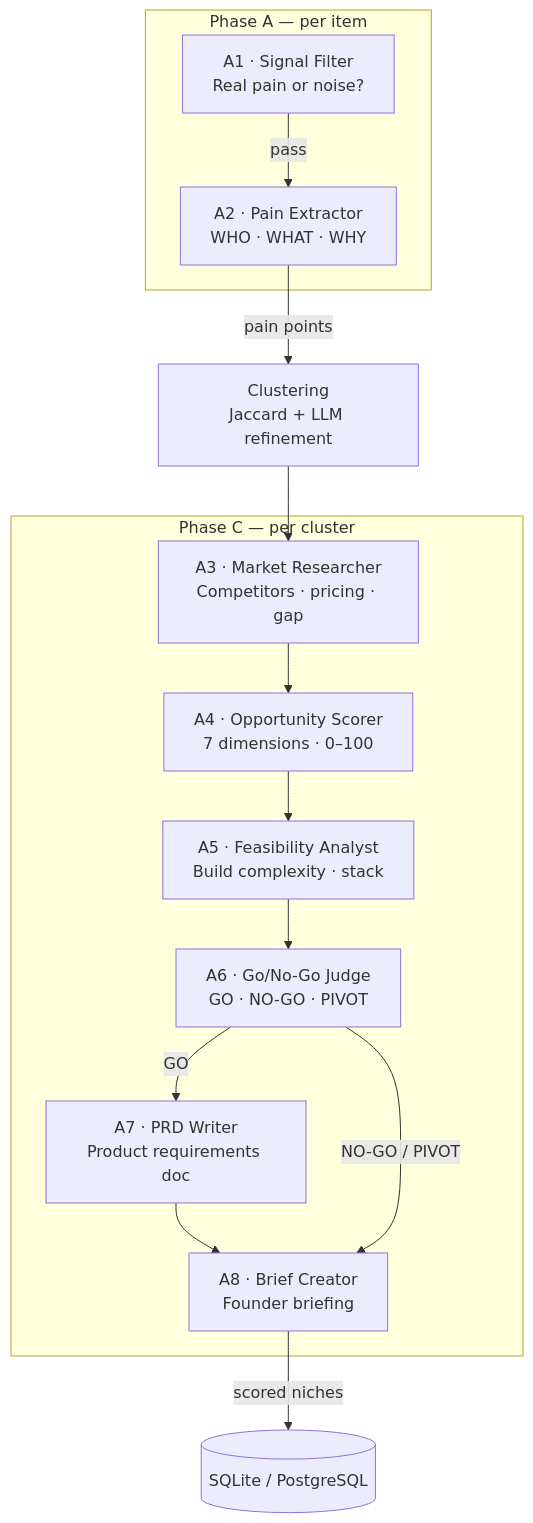
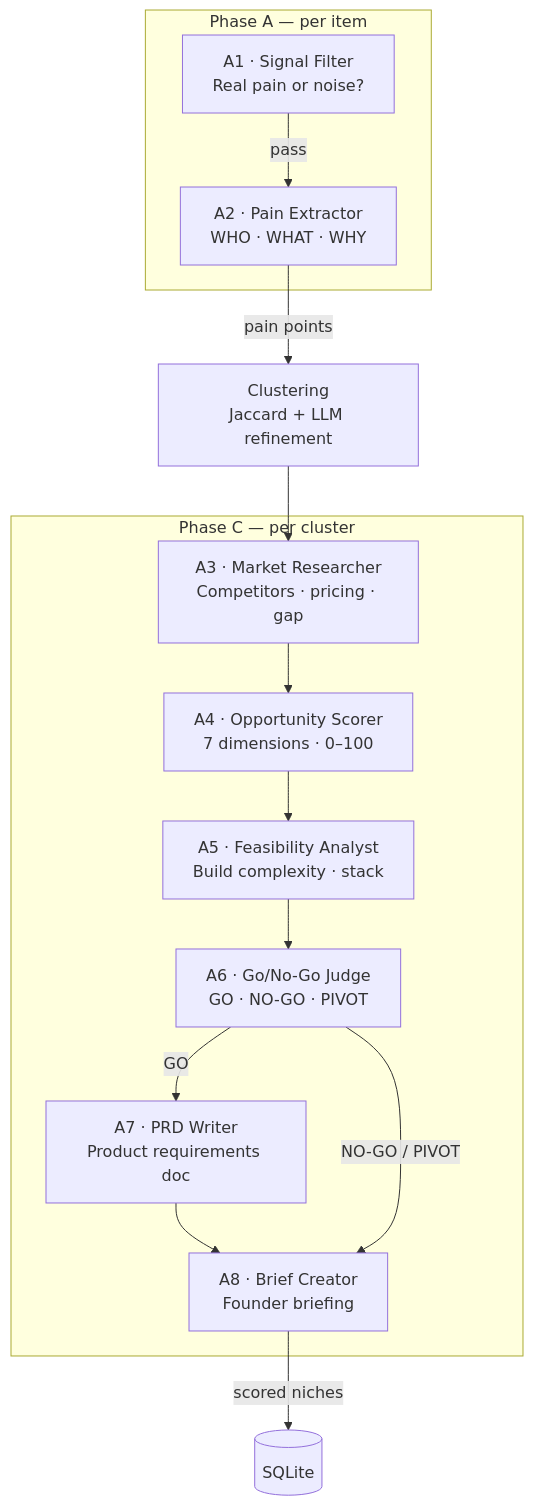
The diagram in README.md (affectionatec/niche-radar-alpha), drawn with Mermaid before and after one commit. The commit also changed other lines of this file and 32 other files, not shown here.

````diff
--- a/README.md
+++ b/README.md
@@ -32,27 +32,27 @@
 ```mermaid
 flowchart TD
     subgraph A["Phase A — per item"]
         A1["A1 · Signal Filter\nReal pain or noise?"]
         A2["A2 · Pain Extractor\nWHO · WHAT · WHY"]
         A1 -->|pass| A2
     end
 
     A2 -->|pain points| CLU
 
     CLU["Clustering\nJaccard + LLM refinement"]
 
     subgraph C["Phase C — per cluster"]
         A3["A3 · Market Researcher\nCompetitors · pricing · gap"]
         A4["A4 · Opportunity Scorer\n7 dimensions · 0–100"]
         A5["A5 · Feasibility Analyst\nBuild complexity · stack"]
         A6["A6 · Go/No-Go Judge\nGO · NO-GO · PIVOT"]
         A7["A7 · PRD Writer\nProduct requirements doc"]
         A8["A8 · Brief Creator\nFounder briefing"]
         A3 --> A4 --> A5 --> A6
         A6 -->|GO| A7 --> A8
         A6 -->|NO-GO / PIVOT| A8
     end
 
     CLU --> A3
-    A8 -->|scored niches| DB[(SQLite / PostgreSQL)]
+    A8 -->|scored niches| DB[(SQLite)]
 ```
````
